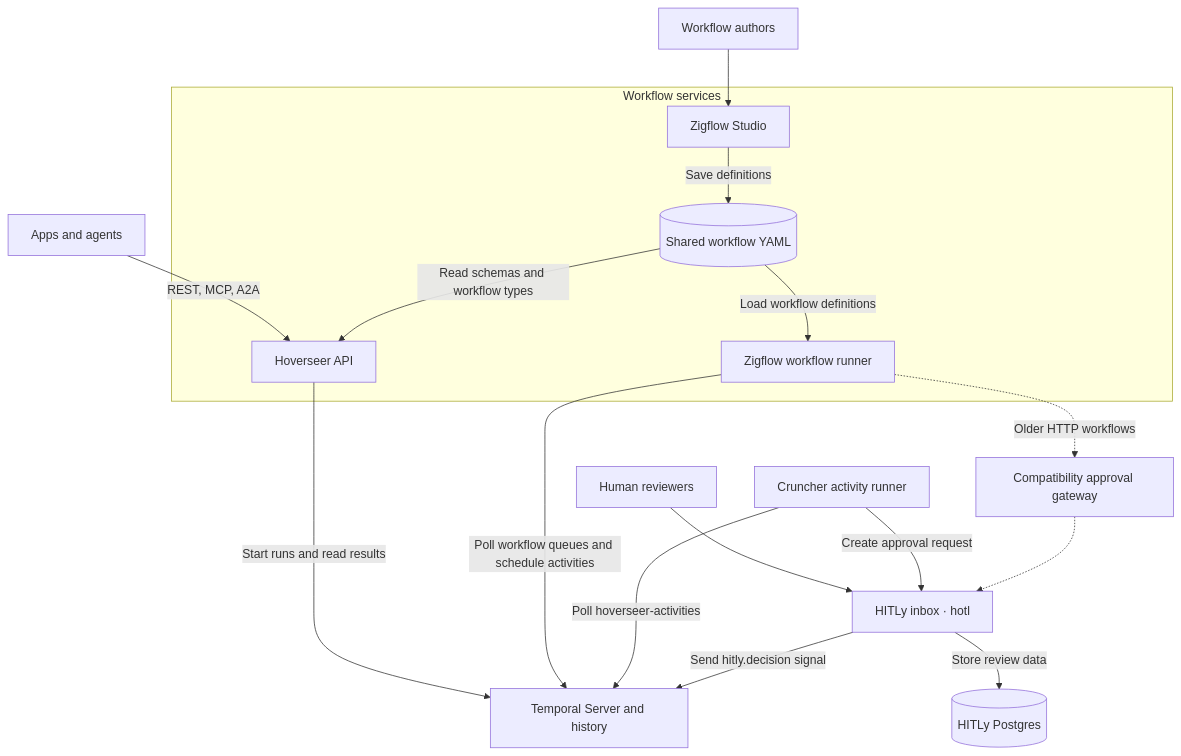
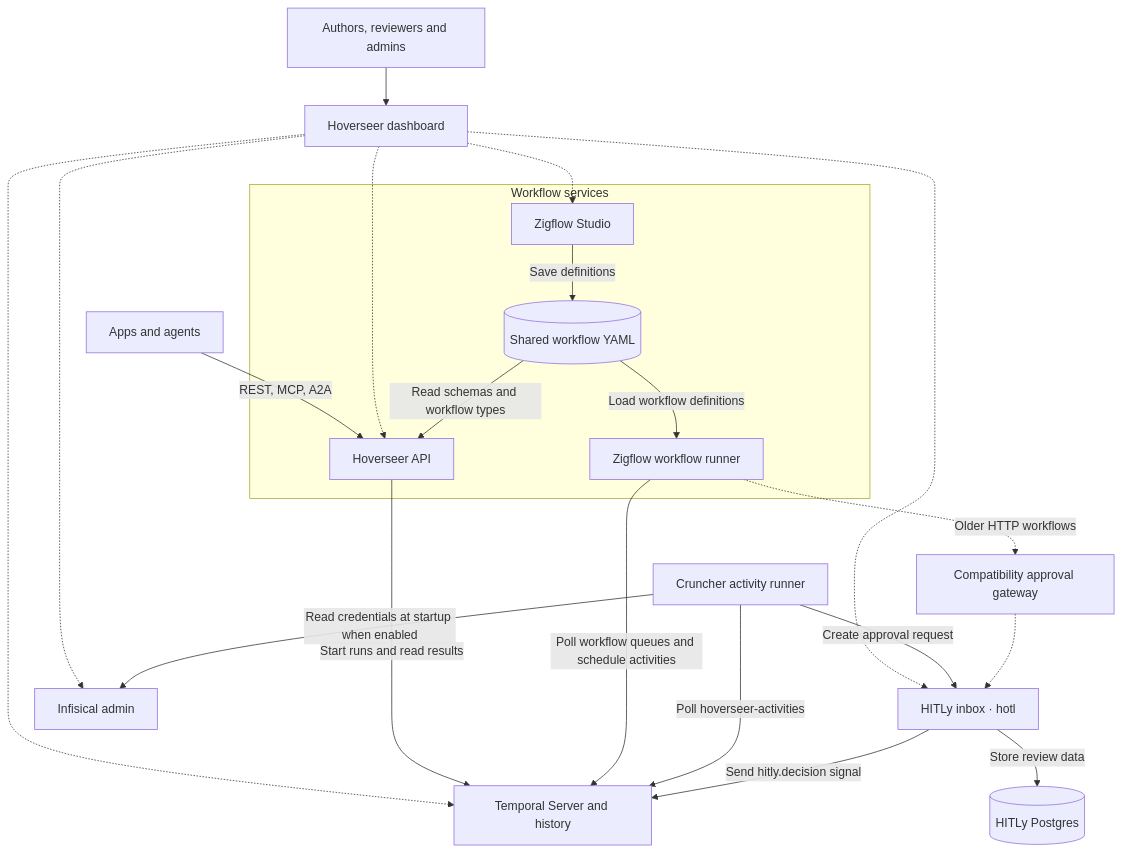
The diagram in README.md (tbrandenburg/hoverseer), drawn with Mermaid before and after one commit. The commit also changed other lines of this file and 18 other files, not shown here.

Commit message:
Add Homepage dashboard and Infisical credentials for Cruncher

````diff
--- a/README.md
+++ b/README.md
@@ -22,25 +23,30 @@
 ```mermaid
 flowchart TD
     Callers["Apps and agents"] -->|"REST, MCP, A2A"| API
-    Authors["Workflow authors"] --> Studio
-    Reviewers["Human reviewers"] --> HOTL
+    People["Authors, reviewers and admins"] --> Dashboard["Hoverseer dashboard"]
+    Dashboard -.-> Studio
+    Dashboard -.-> HOTL
+    Dashboard -.-> API
+    Dashboard -.-> Temporal
+    Dashboard -.-> Infisical["Infisical admin"]
+    Cruncher -->|"Read credentials at startup when enabled"| Infisical
 
     subgraph Workflows["Workflow services"]
         Studio["Zigflow Studio"]
         YAML[("Shared workflow YAML")]
         API["Hoverseer API"]
         Zigflow["Zigflow workflow runner"]
         Studio -->|"Save definitions"| YAML
         YAML -->|"Read schemas and workflow types"| API
         YAML -->|"Load workflow definitions"| Zigflow
     end
 
     API -->|"Start runs and read results"| Temporal["Temporal Server and history"]
     Zigflow -->|"Poll workflow queues and schedule activities"| Temporal
     Cruncher["Cruncher activity runner"] -->|"Poll hoverseer-activities"| Temporal
     Cruncher -->|"Create approval request"| HOTL["HITLy inbox · hotl"]
     HOTL -->|"Send hitly.decision signal"| Temporal
     HOTL -->|"Store review data"| Postgres[("HITLy Postgres")]
     Zigflow -.->|"Older HTTP workflows"| Gateway["Compatibility approval gateway"]
     Gateway -.-> HOTL
 ```
````
